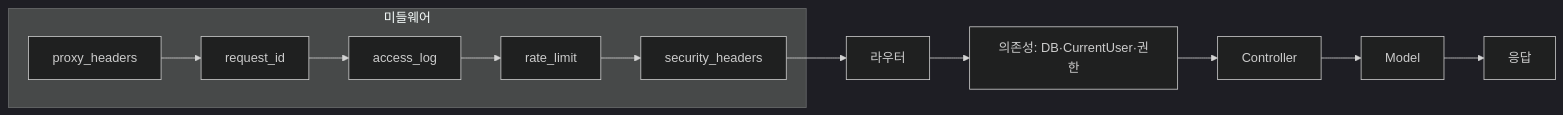
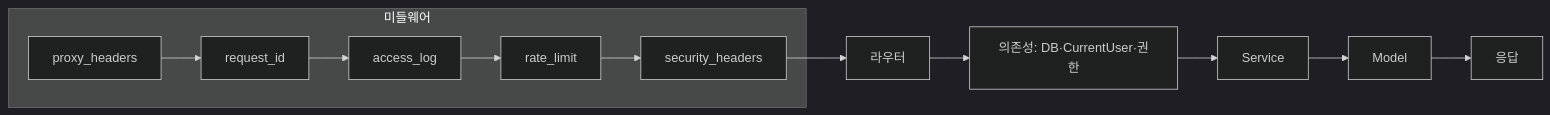
The third of 3 diagrams in docs/architecture.md (kyjness/2-kyjness-community-be), drawn with Mermaid (dark theme) before and after one commit. The commit also changed other lines of this file and 88 other files, not shown here.

````diff
--- a/docs/architecture.md
+++ b/docs/architecture.md
@@ -162,14 +226,14 @@
 ```mermaid
 flowchart LR
     subgraph 미들웨어
         A[proxy_headers] --> B[request_id]
         B --> C[access_log]
         C --> D[rate_limit]
         D --> E[security_headers]
     end
     E --> F[라우터]
     F --> G[의존성: DB·CurrentUser·권한]
-    G --> H[Controller]
+    G --> H[Service]
     H --> I[Model]
     I --> J[응답]
 ```
````
